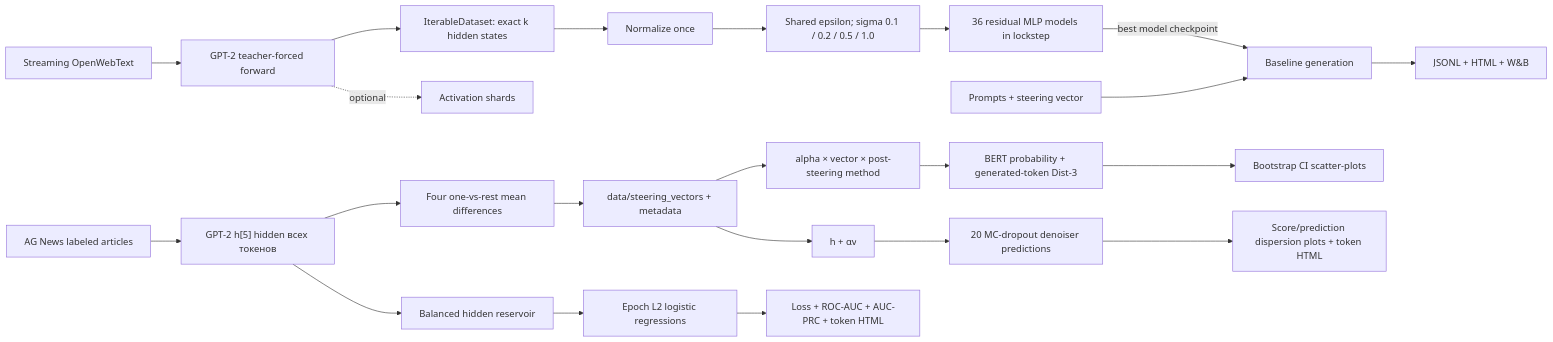
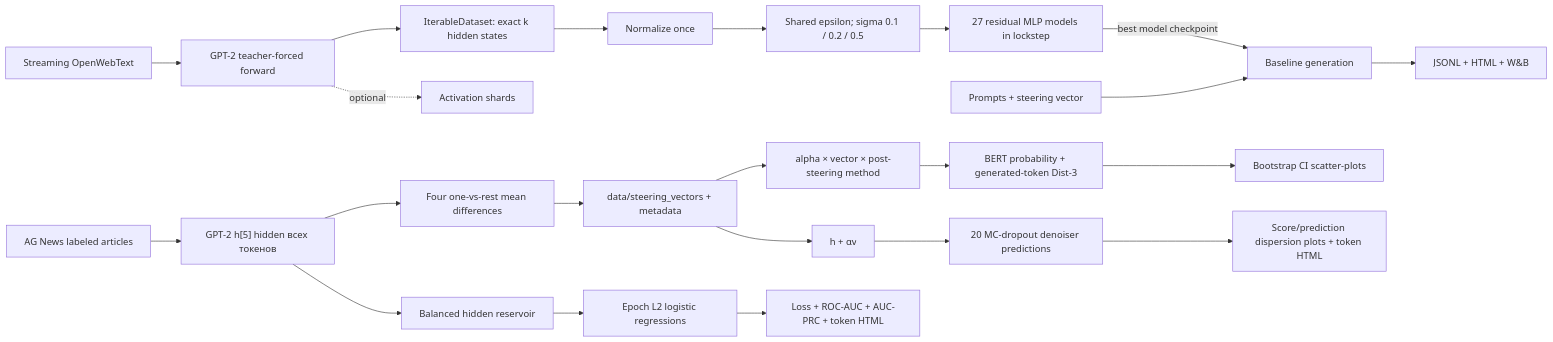
The diagram in docs/architecture.md (MichaelNotDeveloper/steering-recovery), drawn with Mermaid before and after one commit. The commit also changed other lines of this file and 10 other files, not shown here.

````diff
--- a/docs/architecture.md
+++ b/docs/architecture.md
@@ -62,24 +62,24 @@
 ```mermaid
 flowchart LR
     A["Streaming OpenWebText"] --> B["GPT-2 teacher-forced forward"]
     B --> C["IterableDataset: exact k hidden states"]
     C --> D["Normalize once"]
-    D --> E["Shared epsilon; sigma 0.1 / 0.2 / 0.5 / 1.0"]
-    E --> J["36 residual MLP models in lockstep"]
+    D --> E["Shared epsilon; sigma 0.1 / 0.2 / 0.5"]
+    E --> J["27 residual MLP models in lockstep"]
     B -. "optional" .-> I["Activation shards"]
     F["Prompts + steering vector"] --> G["Baseline generation"]
     J -->|"best model checkpoint"| G
     G --> H["JSONL + HTML + W&B"]
     K["AG News labeled articles"] --> L["GPT-2 h[5] hidden всех токенов"]
     L --> M["Four one-vs-rest mean differences"]
     M --> N["data/steering_vectors + metadata"]
     N --> O["alpha × vector × post-steering method"]
     O --> P["BERT probability + generated-token Dist-3"]
     P --> Q["Bootstrap CI scatter-plots"]
     L --> R["Balanced hidden reservoir"]
     R --> S["Epoch L2 logistic regressions"]
     S --> T["Loss + ROC-AUC + AUC-PRC + token HTML"]
     N --> U["h + αv"]
     U --> V["20 MC-dropout denoiser predictions"]
     V --> W["Score/prediction dispersion plots + token HTML"]
 ```
````
